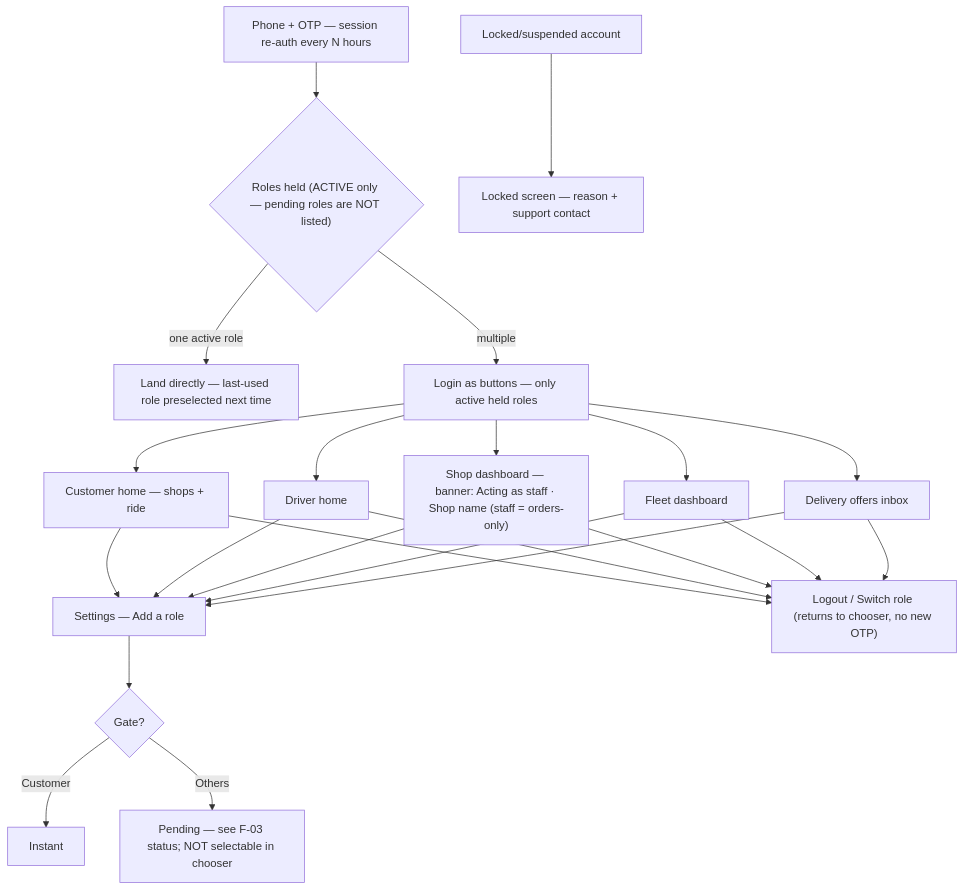
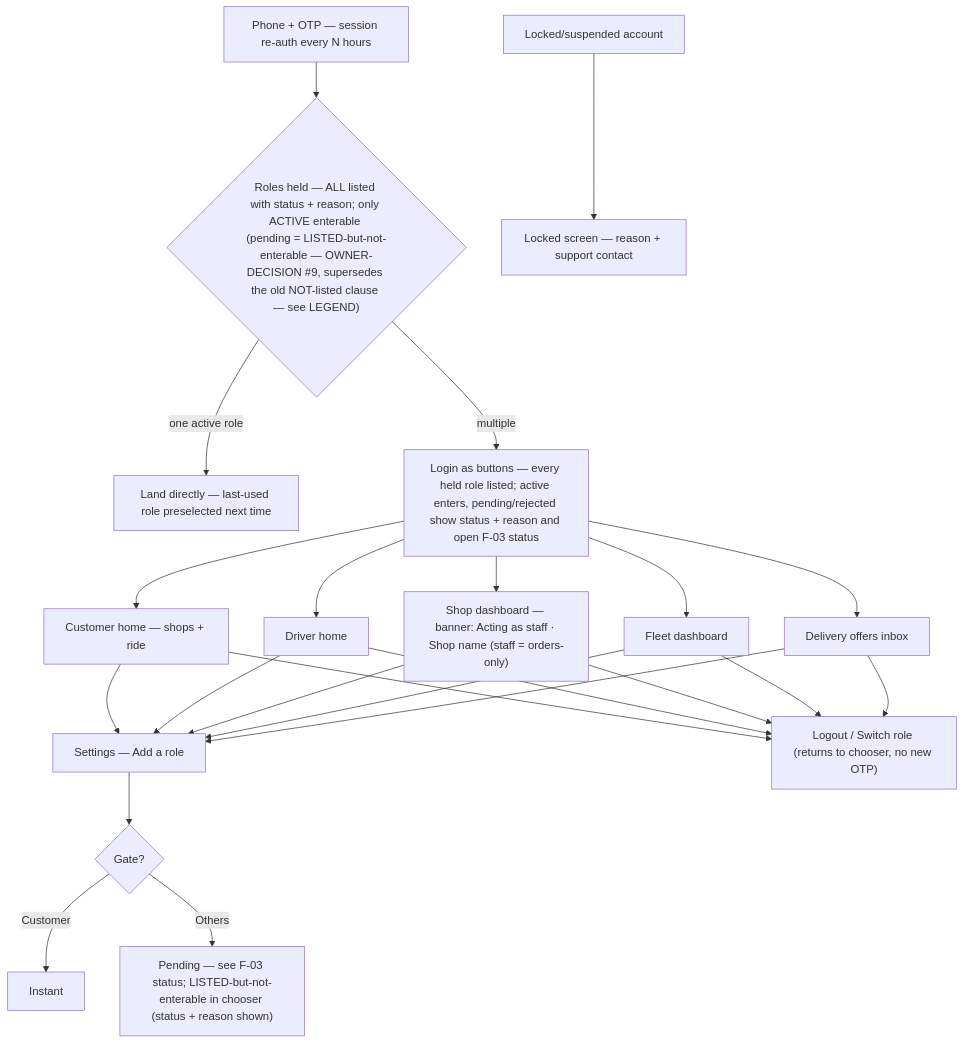
The second of 37 diagrams in docs/FeatureList/USER-FLOWS.md (dannyzia/ride), drawn with Mermaid before and after one commit. The commit also changed other lines of this file and 335 other files, not shown here.

````diff
--- a/docs/FeatureList/USER-FLOWS.md
+++ b/docs/FeatureList/USER-FLOWS.md
@@ -57,16 +58,16 @@
 ```mermaid
 flowchart TD
-  A["Phone + OTP — session re-auth every N hours"] --> B{"Roles held (ACTIVE only — pending roles are NOT listed)"}
+  A["Phone + OTP — session re-auth every N hours"] --> B{"Roles held — ALL listed with status + reason; only ACTIVE enterable (pending = LISTED-but-not-enterable — OWNER-DECISION #9, supersedes the old NOT-listed clause — see LEGEND)"}
   B -->|"one active role"| C["Land directly — last-used role preselected next time"]
-  B -->|"multiple"| D["Login as buttons — only active held roles"]
+  B -->|"multiple"| D["Login as buttons — every held role listed; active enters, pending/rejected show status + reason and open F-03 status"]
   D --> E["Customer home — shops + ride"]
   D --> F["Driver home"]
   D --> G["Shop dashboard — banner: Acting as staff · Shop name (staff = orders-only)"]
   D --> H["Fleet dashboard"]
   D --> I["Delivery offers inbox"]
   E & F & G & H & I --> S["Settings — Add a role"] --> T{"Gate?"}
   T -->|"Customer"| U["Instant"]
-  T -->|"Others"| V["Pending — see F-03 status; NOT selectable in chooser"]
+  T -->|"Others"| V["Pending — see F-03 status; LISTED-but-not-enterable in chooser (status + reason shown)"]
   E & F & G & H & I --> W["Logout / Switch role (returns to chooser, no new OTP)"]
   X["Locked/suspended account"] --> Y["Locked screen — reason + support contact"]
 ```
````
